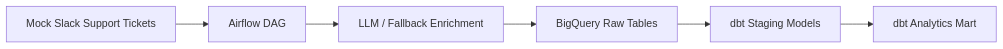
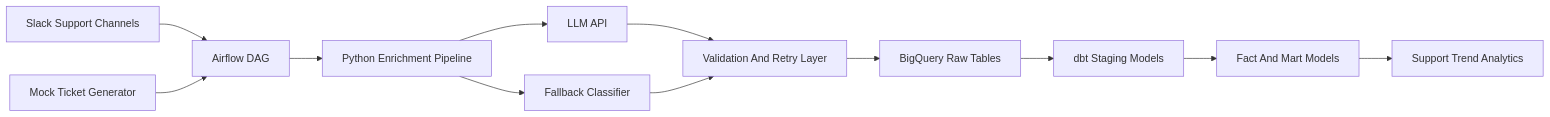
Before and after one commit to suhasinikrishnaswamy06/LLM-Support-Ticket-Intelligence: the diagram in docs/architecture.md, drawn with Mermaid. The commit also changed other lines of this file and 19 other files, not shown here.

Commit message:
Improve support ticket pipeline portfolio polish

````diff
--- a/docs/architecture.md
+++ b/docs/architecture.md
@@ -3,8 +9,14 @@
 ```mermaid
 flowchart LR
-    A["Mock Slack Support Tickets"] --> B["Airflow DAG"]
-    B --> C["LLM / Fallback Enrichment"]
-    C --> D["BigQuery Raw Tables"]
-    D --> E["dbt Staging Models"]
-    E --> F["dbt Analytics Mart"]
+    A["Slack Support Channels"] --> C["Airflow DAG"]
+    B["Mock Ticket Generator"] --> C
+    C --> D["Python Enrichment Pipeline"]
+    D --> E["LLM API"]
+    D --> F["Fallback Classifier"]
+    E --> G["Validation And Retry Layer"]
+    F --> G
+    G --> H["BigQuery Raw Tables"]
+    H --> I["dbt Staging Models"]
+    I --> J["Fact And Mart Models"]
+    J --> K["Support Trend Analytics"]
 ```
````
